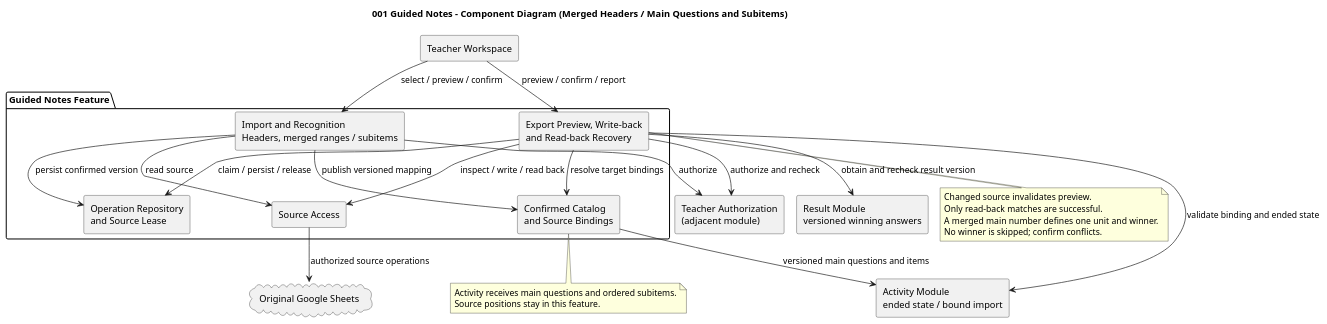
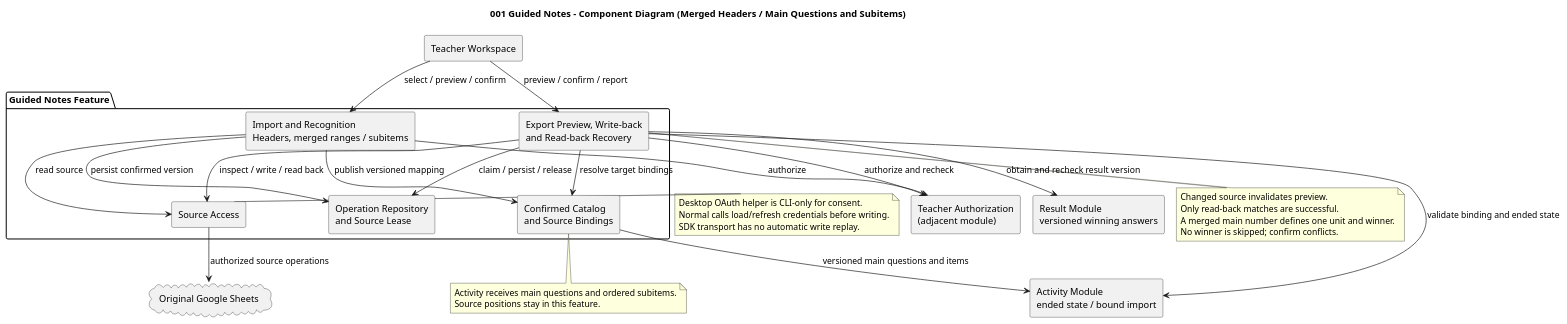
Before and after one commit to Afra0704/se2026-group20-speckit: the diagram in diagrams/001-guided-notes-component.puml, drawn with PlantUML. The commit also changed 25 other files, not shown here.

```diff
--- a/diagrams/001-guided-notes-component.puml
+++ b/diagrams/001-guided-notes-component.puml
@@ -1,45 +1,50 @@
 @startuml
 !pragma layout smetana
 skinparam shadowing false
 skinparam defaultFontName SansSerif
 skinparam componentStyle rectangle
 skinparam nodesep 65
 skinparam ranksep 70
 title 001 Guided Notes - Component Diagram (Merged Headers / Main Questions and Subitems)
 component "Teacher Workspace" as UI
 component "Teacher Authorization\n(adjacent module)" as Auth
 component "Activity Module\nended state / bound import" as Activity
 component "Result Module\nversioned winning answers" as Results
 package "Guided Notes Feature" {
  component "Import and Recognition\nHeaders, merged ranges / subitems" as Import
  component "Confirmed Catalog\nand Source Bindings" as Catalog
  component "Export Preview, Write-back\nand Read-back Recovery" as Export
  component "Source Access" as Access
  component "Operation Repository\nand Source Lease" as Store
 }
 cloud "Original Google Sheets" as Sheets
 UI --> Import : select / preview / confirm
 UI --> Export : preview / confirm / report
 Import --> Auth : authorize
 Export --> Auth : authorize and recheck
 Import --> Catalog : publish versioned mapping
 Catalog --> Activity : versioned main questions and items
 Export --> Catalog : resolve target bindings
 Import --> Store : persist confirmed version
 Export --> Store : claim / persist / release
 Export --> Activity : validate binding and ended state
 Export --> Results : obtain and recheck result version
 Import --> Access : read source
 Export --> Access : inspect / write / read back
 Access --> Sheets : authorized source operations
+note left of Access
+Desktop OAuth helper is CLI-only for consent.
+Normal calls load/refresh credentials before writing.
+SDK transport has no automatic write replay.
+end note
 note bottom of Catalog
 Activity receives main questions and ordered subitems.
 Source positions stay in this feature.
 end note
 note bottom of Export
 Changed source invalidates preview.
 Only read-back matches are successful.
 A merged main number defines one unit and winner.
 No winner is skipped; confirm conflicts.
 end note
 @enduml
```
